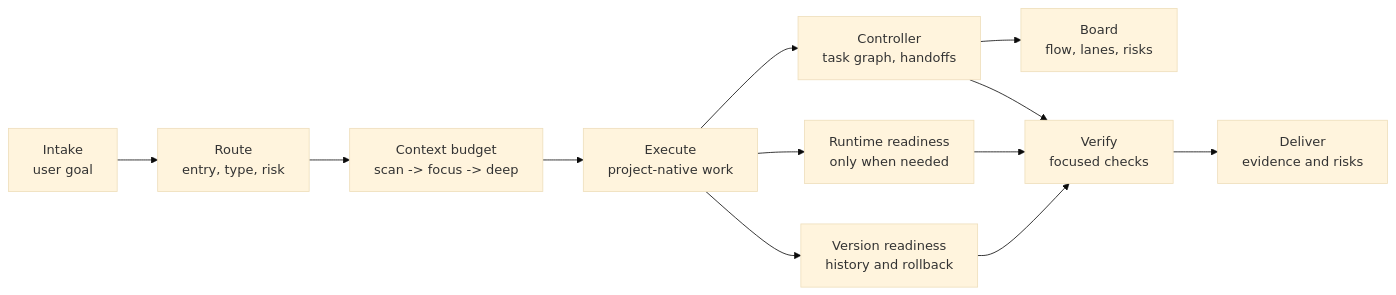
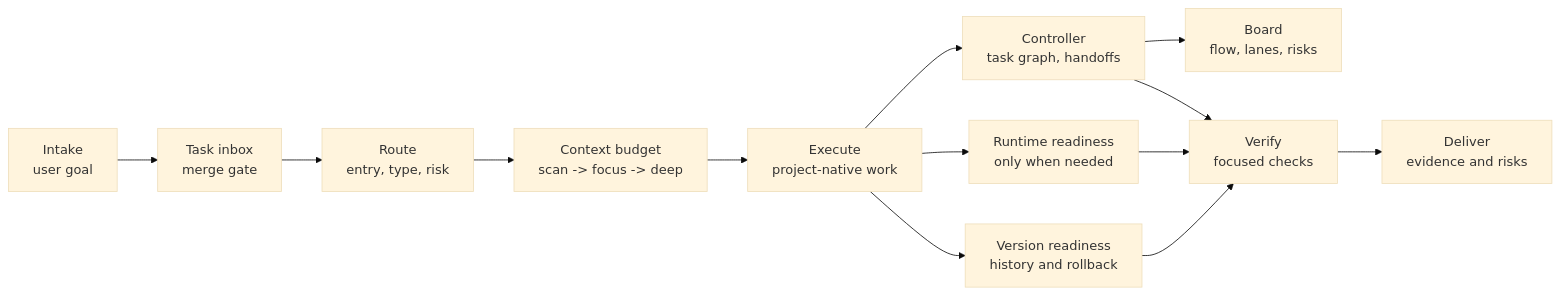
The diagram in README.md (GnosiST/omyKit), drawn with Mermaid (base theme) before and after one commit. The commit also changed other lines of this file and 1 other file, not shown here.

Commit message:
Sync README with task intake broker

````diff
--- a/README.md
+++ b/README.md
@@ -40,14 +41,15 @@
 ```mermaid
 flowchart LR
-    Intake["Intake<br/>user goal"] --> Route["Route<br/>entry, type, risk"]
+    Intake["Intake<br/>user goal"] --> TaskInbox["Task inbox<br/>merge gate"]
+    TaskInbox --> Route["Route<br/>entry, type, risk"]
     Route --> Budget["Context budget<br/>scan -> focus -> deep"]
     Budget --> Work["Execute<br/>project-native work"]
     Work --> Controller["Controller<br/>task graph, handoffs"]
     Controller --> Board["Board<br/>flow, lanes, risks"]
     Work --> Runtime["Runtime readiness<br/>only when needed"]
     Work --> Version["Version readiness<br/>history and rollback"]
     Controller --> Verify["Verify<br/>focused checks"]
     Runtime --> Verify["Verify<br/>focused checks"]
     Version --> Verify
     Verify --> Deliver["Deliver<br/>evidence and risks"]
 ```
````
